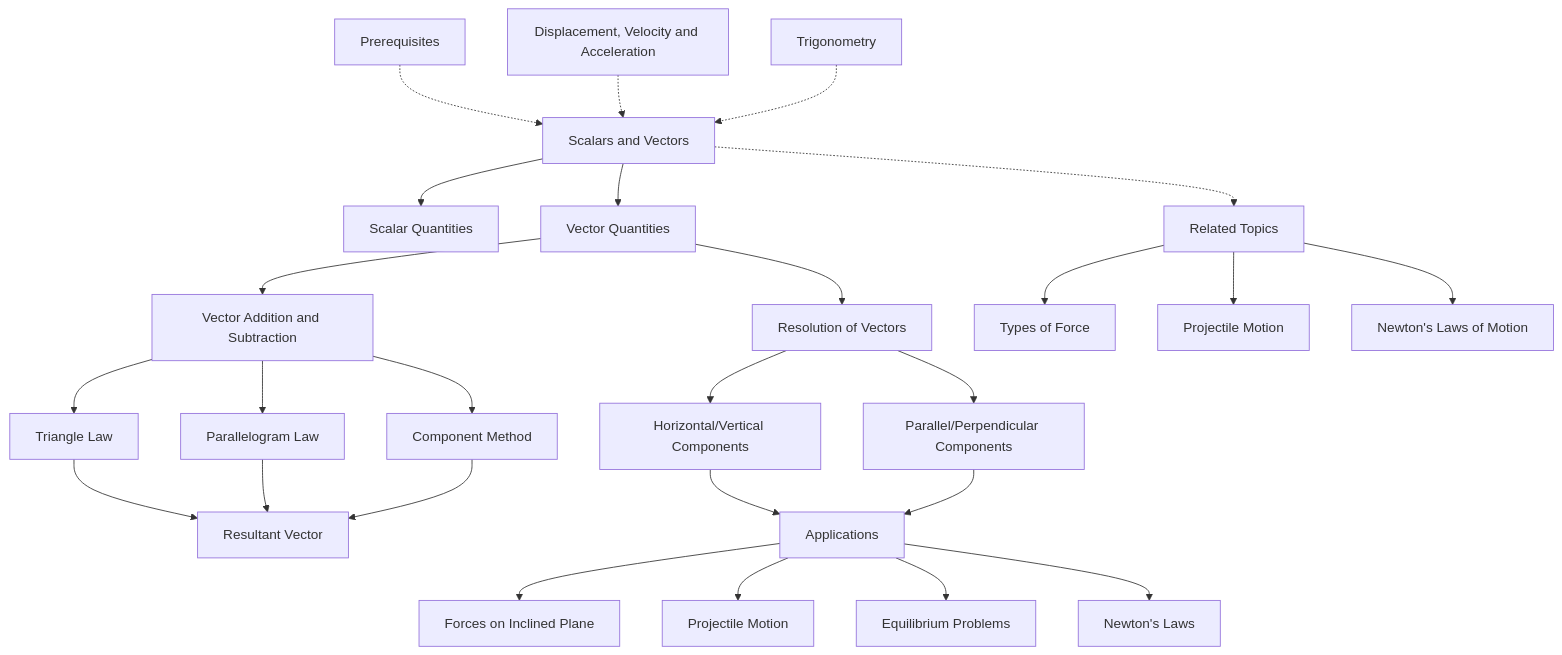
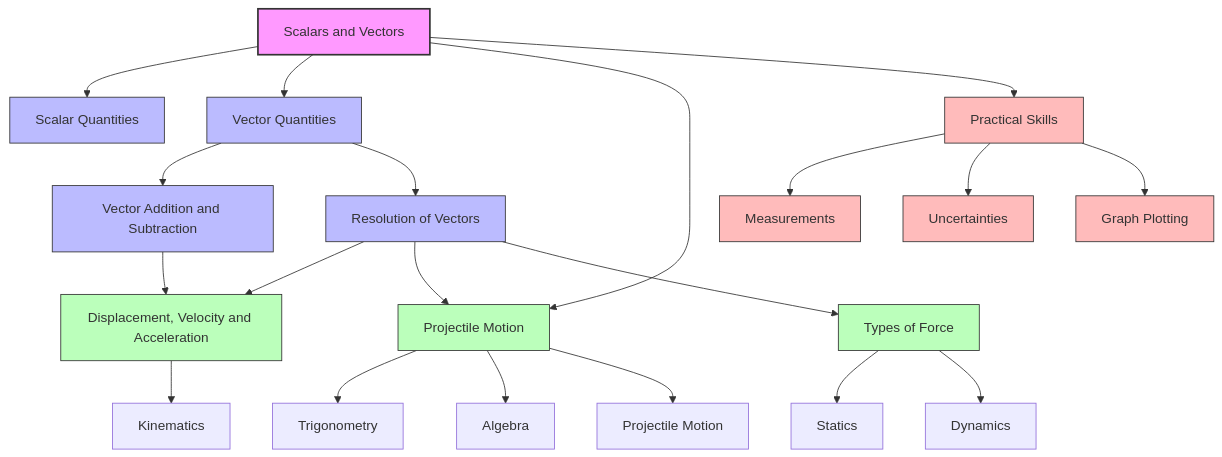
Before and after one commit to SHAWLIN27/alp-net: the second of 2 diagrams in vault/01-Mechanics/01-Kinematics/Scalars and Vectors/Scalars and Vectors.md, drawn with Mermaid. The commit also changed other lines of this file and 469 other files, not shown here.

````diff
--- a/vault/01-Mechanics/01-Kinematics/Scalars and Vectors/Scalars and Vectors.md
+++ b/vault/01-Mechanics/01-Kinematics/Scalars and Vectors/Scalars and Vectors.md
@@ -425,30 +693,44 @@
 ```mermaid
 graph TD
-    A[Scalars and Vectors] --> B[Scalar Quantities]
-    A --> C[Vector Quantities]
-    C --> D[Vector Addition and Subtraction]
-    C --> E[Resolution of Vectors]
-    D --> F[Triangle Law]
-    D --> G[Parallelogram Law]
-    D --> H[Component Method]
-    E --> I[Horizontal/Vertical Components]
-    E --> J[Parallel/Perpendicular Components]
-    F --> K[Resultant Vector]
-    G --> K
-    H --> K
-    I --> L[Applications]
-    J --> L
-    L --> M[Forces on Inclined Plane]
-    L --> N[Projectile Motion]
-    L --> O[Equilibrium Problems]
-    L --> P[Newton's Laws]
+    %% Main topic
+    SAV[Scalars and Vectors] --> SQ[Scalar Quantities]
+    SAV --> VQ[Vector Quantities]
     
-    Q[Prerequisites] -.-> A
-    R[Displacement, Velocity and Acceleration] -.-> A
-    S[Trigonometry] -.-> A
+    %% Sub-topics
+    VQ --> VAS[Vector Addition and Subtraction]
+    VQ --> RV[Resolution of Vectors]
     
-    A -.-> T[Related Topics]
-    T --> U[Types of Force]
-    T --> V[Projectile Motion]
-    T --> W[Newton's Laws of Motion]
+    %% Prerequisites
+    SAV --> PM[Basic Mathematics]
+    PM --> TRIG[Trigonometry]
+    PM --> ALG[Algebra]
+    
+    %% Related topics
+    VAS --> DVA[Displacement, Velocity and Acceleration]
+    RV --> DVA
+    RV --> PM[Projectile Motion]
+    RV --> TF[Types of Force]
+    
+    %% Applications
+    DVA --> KIN[Kinematics]
+    PM --> PROJ[Projectile Motion]
+    TF --> STAT[Statics]
+    TF --> DYN[Dynamics]
+    
+    %% Practical skills
+    SAV --> PS[Practical Skills]
+    PS --> MEAS[Measurements]
+    PS --> UNC[Uncertainties]
+    PS --> GRAPH[Graph Plotting]
+    
+    %% Styling
+    classDef main fill:#f9f,stroke:#333,stroke-width:2px
+    classDef sub fill:#bbf,stroke:#333,stroke-width:1px
+    classDef related fill:#bfb,stroke:#333,stroke-width:1px
+    classDef practical fill:#fbb,stroke:#333,stroke-width:1px
+    
+    class SAV main
+    class SQ,VQ,VAS,RV sub
+    class DVA,PM,TF related
+    class PS,MEAS,UNC,GRAPH practical
 ```
````
